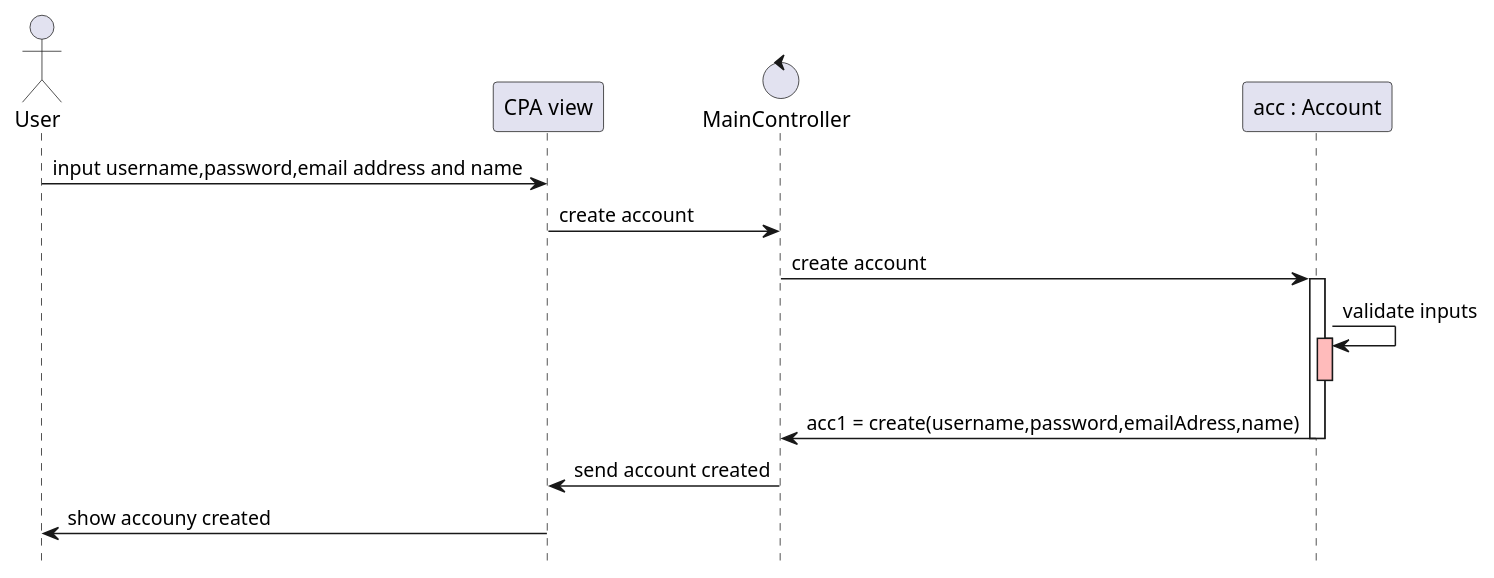
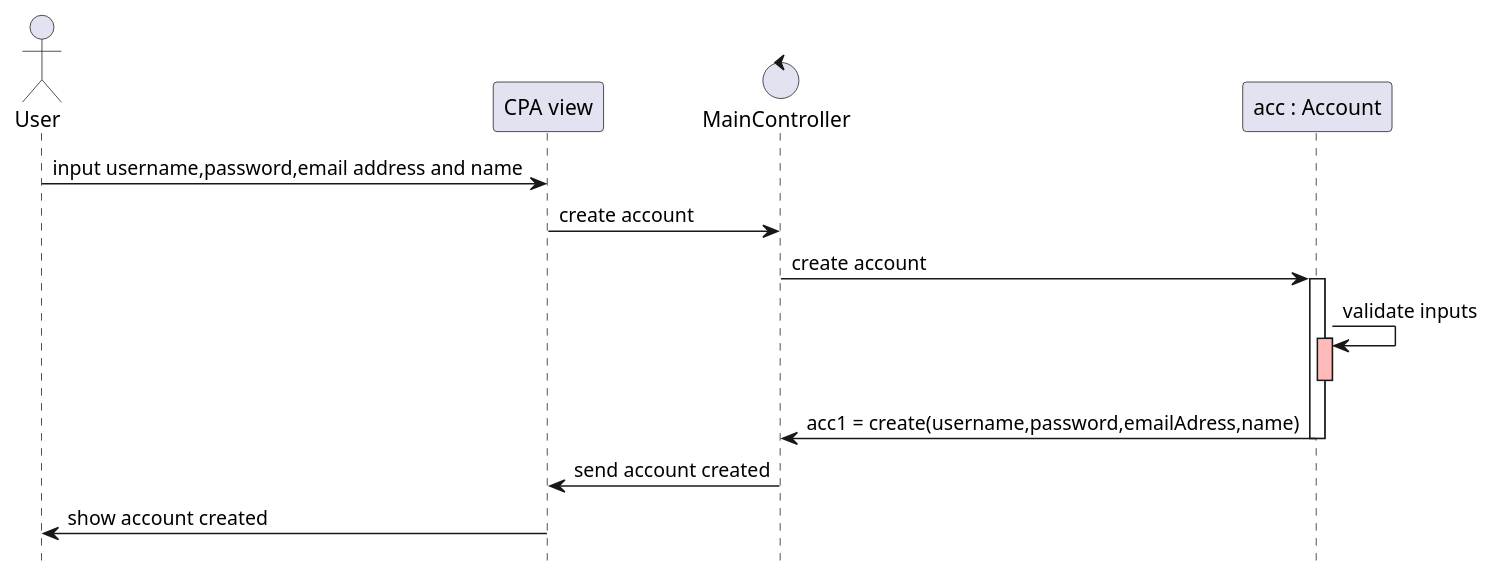
Before and after one commit to PriyaMulla/Carpool-Connect-VC: the second of 5 diagrams in doc/design.md, drawn with PlantUML. The commit also changed other lines of this file and 4 other files, not shown here.

````diff
--- a/doc/design.md
+++ b/doc/design.md
@@ -62,31 +62,31 @@
 ```plantuml
 @startuml
 hide footbox
 
 'ACTORS
 actor User as user
 participant "CPA view" as system
 control "MainController" as controller
 participant "acc : Account" as account
 
 
 
 user -> system : input username,password,email address and name 
 system -> controller : create account
 controller -> account : create account
 
 activate account
 
 account -> account : validate inputs
 activate account #FFBBBB
 
 deactivate account
 
 account -> controller : acc1 = create(username,password,emailAdress,name)
 deactivate account
 controller -> system : send account created
-system -> user : show accouny created
+system -> user : show account created
 
 
 @enduml
 ```
````
